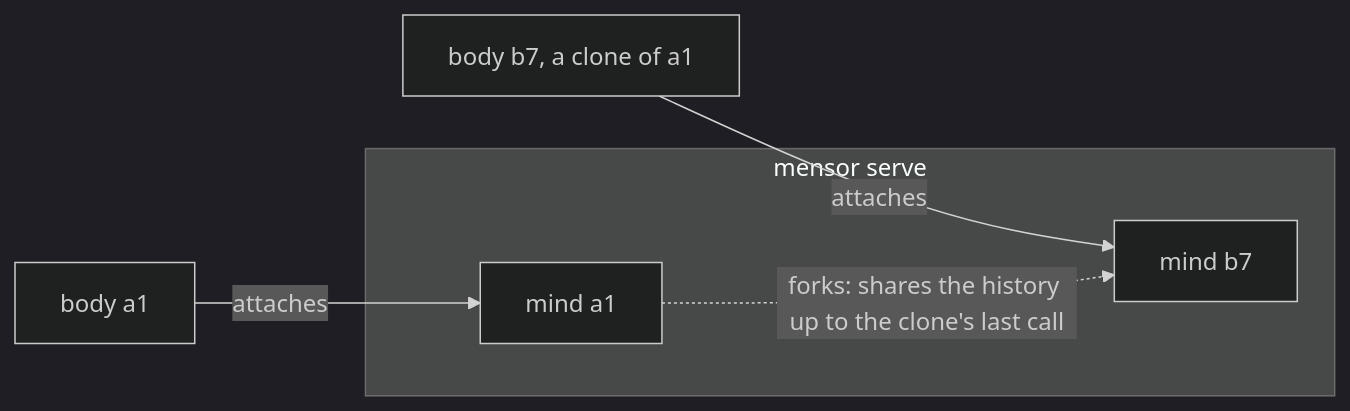
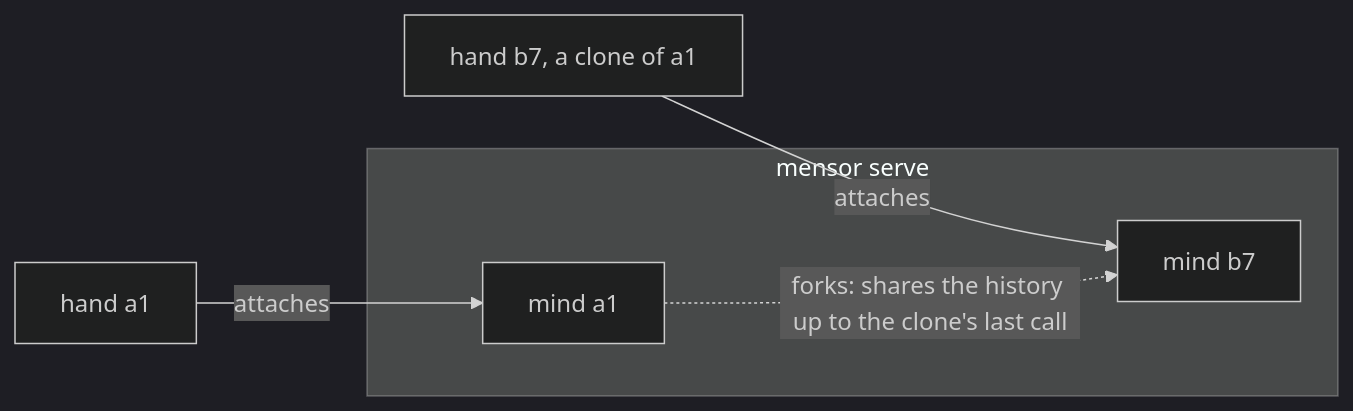
Before and after one commit to Savid/mensor: the diagram in README.md, drawn with Mermaid (dark theme). The commit also changed other lines of this file and 64 other files, not shown here.

First line of the commit message:
Rename body to hand, and the API's pairs to minds

````diff
--- a/README.md
+++ b/README.md
@@ -11,10 +11,10 @@
 ```mermaid
 flowchart LR
   subgraph host["mensor serve"]
     A["mind a1"]
     B["mind b7"]
   end
-  a1["body a1"] -- attaches --> A
-  b7["body b7, a clone of a1"] -- attaches --> B
+  a1["hand a1"] -- attaches --> A
+  b7["hand b7, a clone of a1"] -- attaches --> B
   A -. "forks: shares the history up to the clone's last call" .-> B
 ```
````
